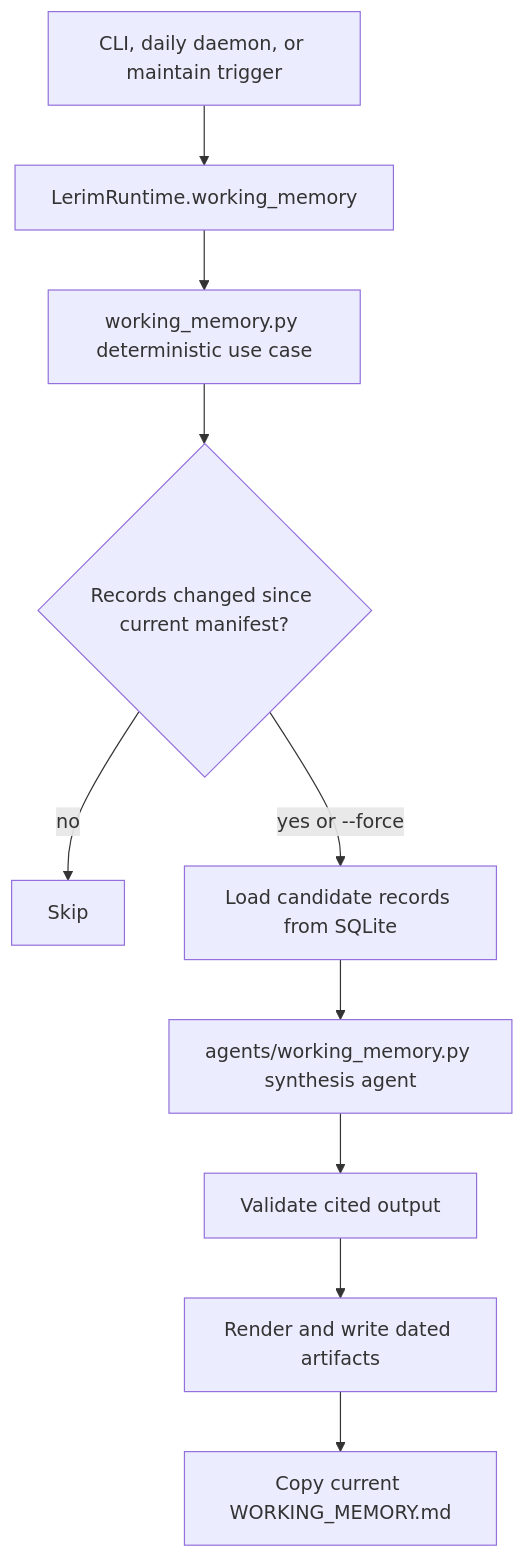
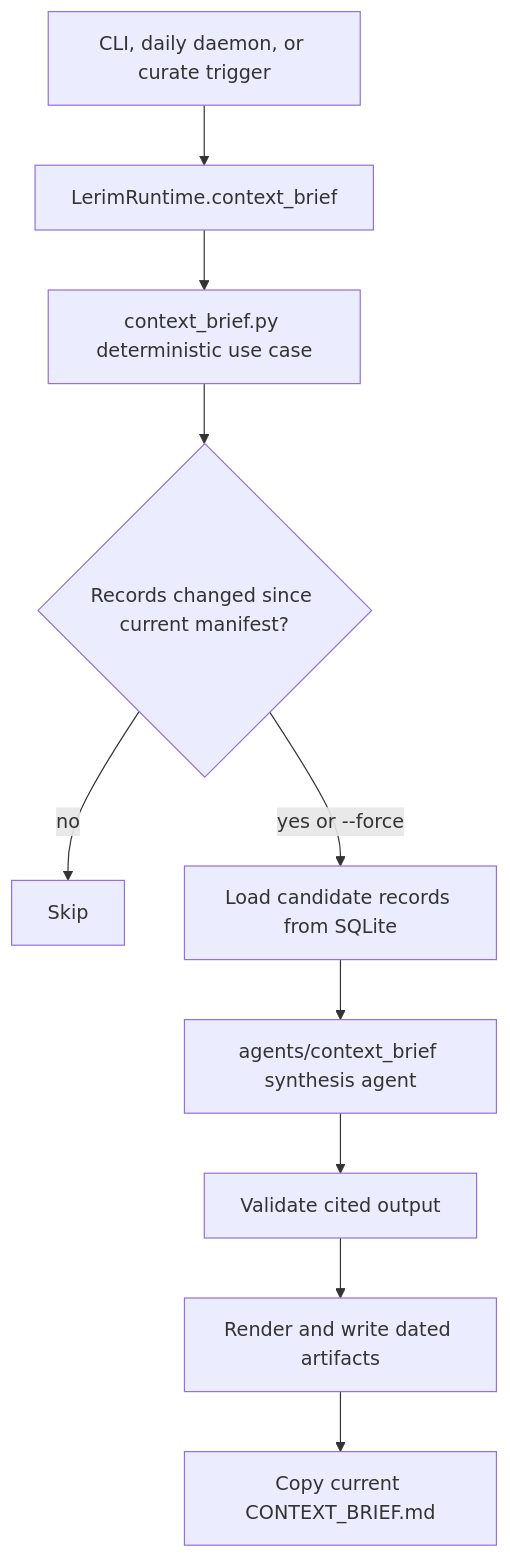
One commit to nablo-io/lerim changed the diagram in src/lerim/README.md. Above: the diagram before and after it, drawn with Mermaid. The commit also changed other lines of this file and 335 other files, not shown here.

Commit message:
Release v0.2.0 context compiler runtime

````diff
--- a/src/lerim/README.md
+++ b/src/lerim/README.md
@@ -39,12 +39,12 @@
 ```mermaid
 flowchart TD
-    A["CLI, daily daemon, or maintain trigger"] --> B["LerimRuntime.working_memory"]
-    B --> C["working_memory.py deterministic use case"]
+    A["CLI, daily daemon, or curate trigger"] --> B["LerimRuntime.context_brief"]
+    B --> C["context_brief.py deterministic use case"]
     C --> D{"Records changed since current manifest?"}
     D -- "no" --> E["Skip"]
     D -- "yes or --force" --> F["Load candidate records from SQLite"]
-    F --> G["agents/working_memory.py synthesis agent"]
+    F --> G["agents/context_brief synthesis agent"]
     G --> H["Validate cited output"]
     H --> I["Render and write dated artifacts"]
-    I --> J["Copy current WORKING_MEMORY.md"]
+    I --> J["Copy current CONTEXT_BRIEF.md"]
 ```
````
